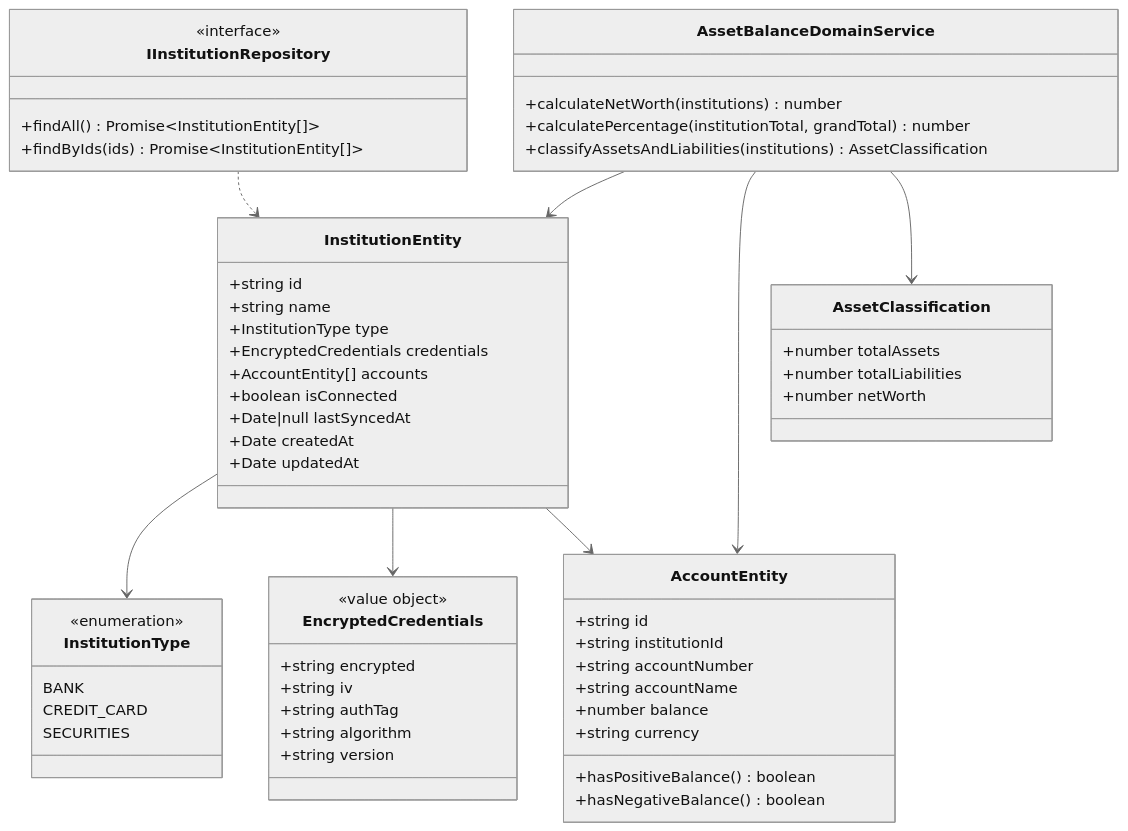
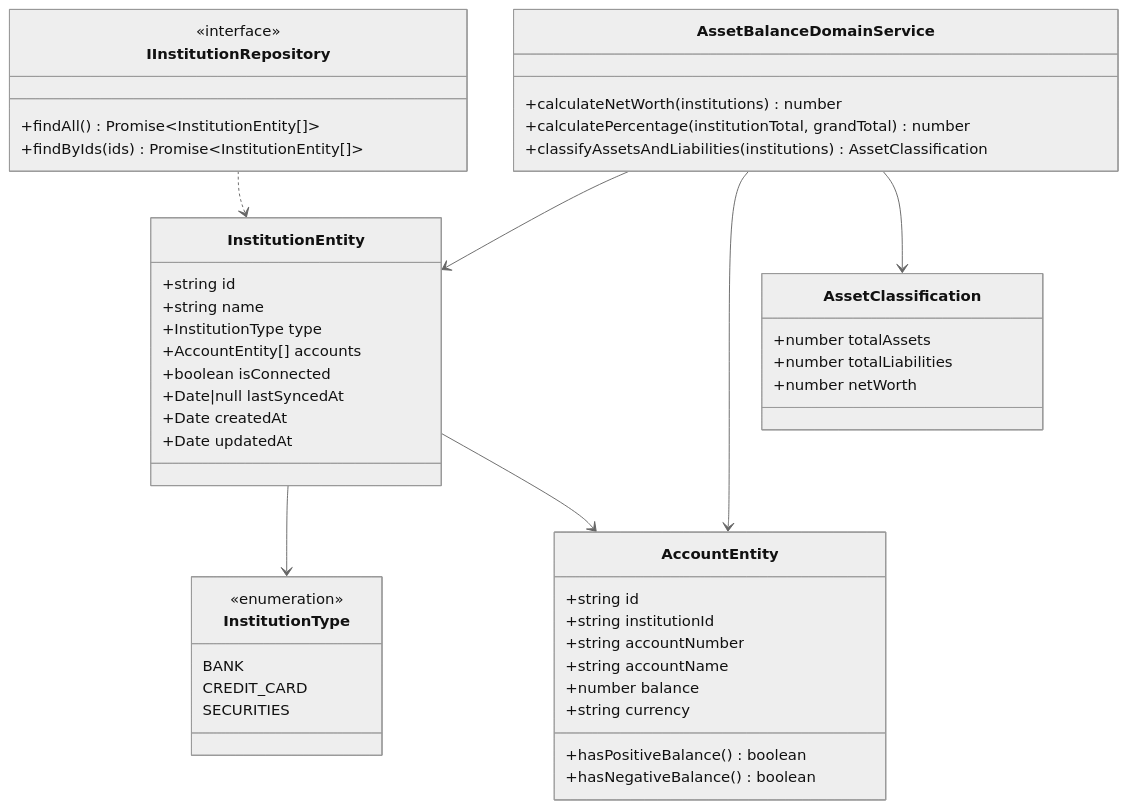
The first of 5 diagrams in docs/detailed-design/FR-026_institution-asset-balance/class-diagrams.md (kencom2400/account-book), drawn with Mermaid (neutral theme) before and after one commit. The commit also changed other lines of this file and 7 other files, not shown here.

````diff
--- a/docs/detailed-design/FR-026_institution-asset-balance/class-diagrams.md
+++ b/docs/detailed-design/FR-026_institution-asset-balance/class-diagrams.md
@@ -19,67 +19,56 @@
 ```mermaid
 classDiagram
     class InstitutionEntity {
         +string id
         +string name
         +InstitutionType type
-        +EncryptedCredentials credentials
         +AccountEntity[] accounts
         +boolean isConnected
         +Date|null lastSyncedAt
         +Date createdAt
         +Date updatedAt
-    }
-
-    class EncryptedCredentials {
-        <<value object>>
-        +string encrypted
-        +string iv
-        +string authTag
-        +string algorithm
-        +string version
     }
 
     class AccountEntity {
         +string id
         +string institutionId
         +string accountNumber
         +string accountName
         +number balance
         +string currency
         +hasPositiveBalance() boolean
         +hasNegativeBalance() boolean
     }
 
     class InstitutionType {
         <<enumeration>>
         BANK
         CREDIT_CARD
         SECURITIES
     }
 
     class AssetBalanceDomainService {
         +calculateNetWorth(institutions) number
         +calculatePercentage(institutionTotal, grandTotal) number
         +classifyAssetsAndLiabilities(institutions) AssetClassification
     }
 
     class AssetClassification {
         +number totalAssets
         +number totalLiabilities
         +number netWorth
     }
 
     class IInstitutionRepository {
         <<interface>>
         +findAll() Promise~InstitutionEntity[]~
         +findByIds(ids) Promise~InstitutionEntity[]~
     }
 
     InstitutionEntity --> InstitutionType
-    InstitutionEntity --> EncryptedCredentials
     InstitutionEntity --> AccountEntity
     AssetBalanceDomainService --> InstitutionEntity
     AssetBalanceDomainService --> AccountEntity
     AssetBalanceDomainService --> AssetClassification
     IInstitutionRepository ..> InstitutionEntity
 ```
````
